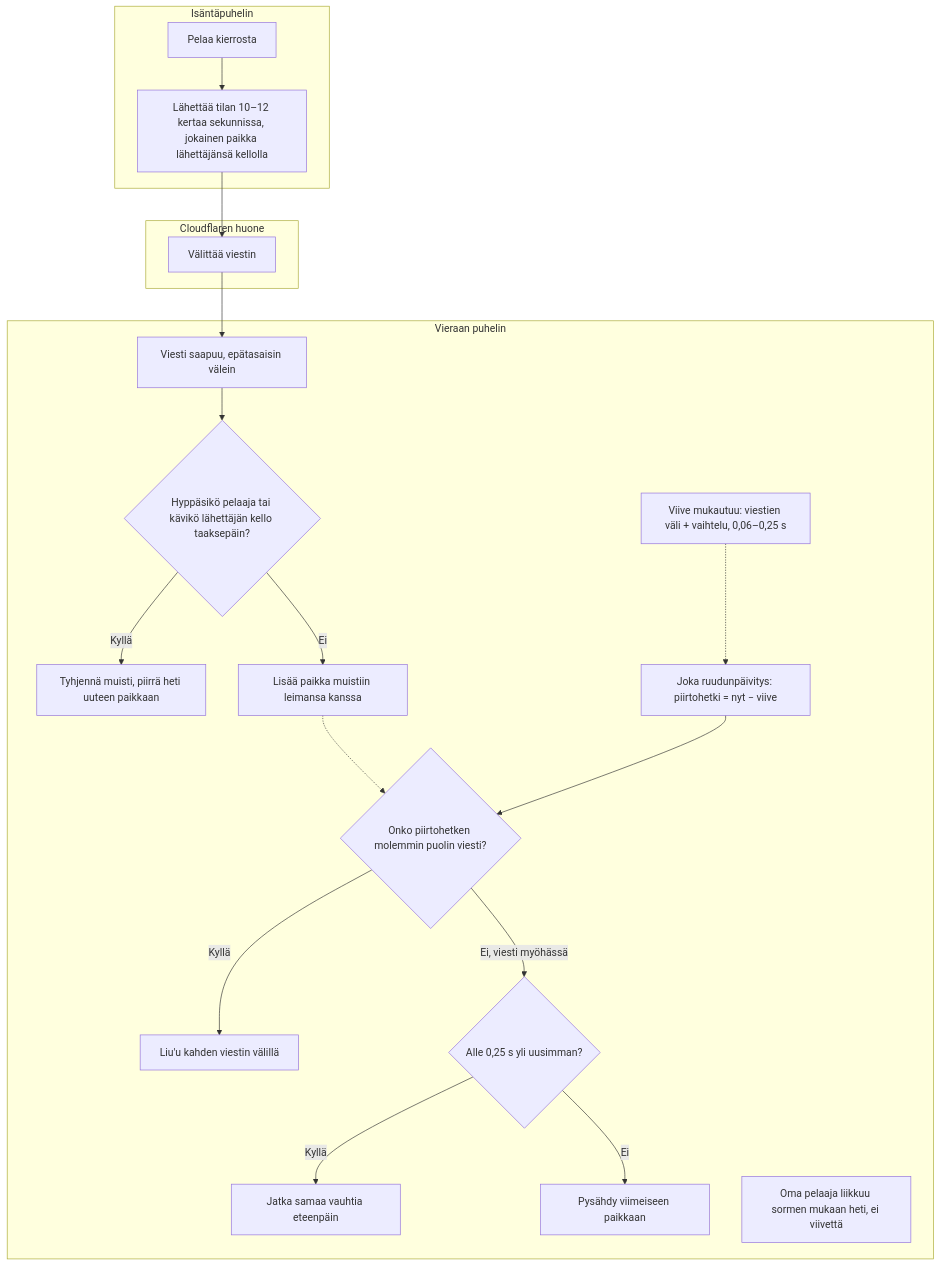
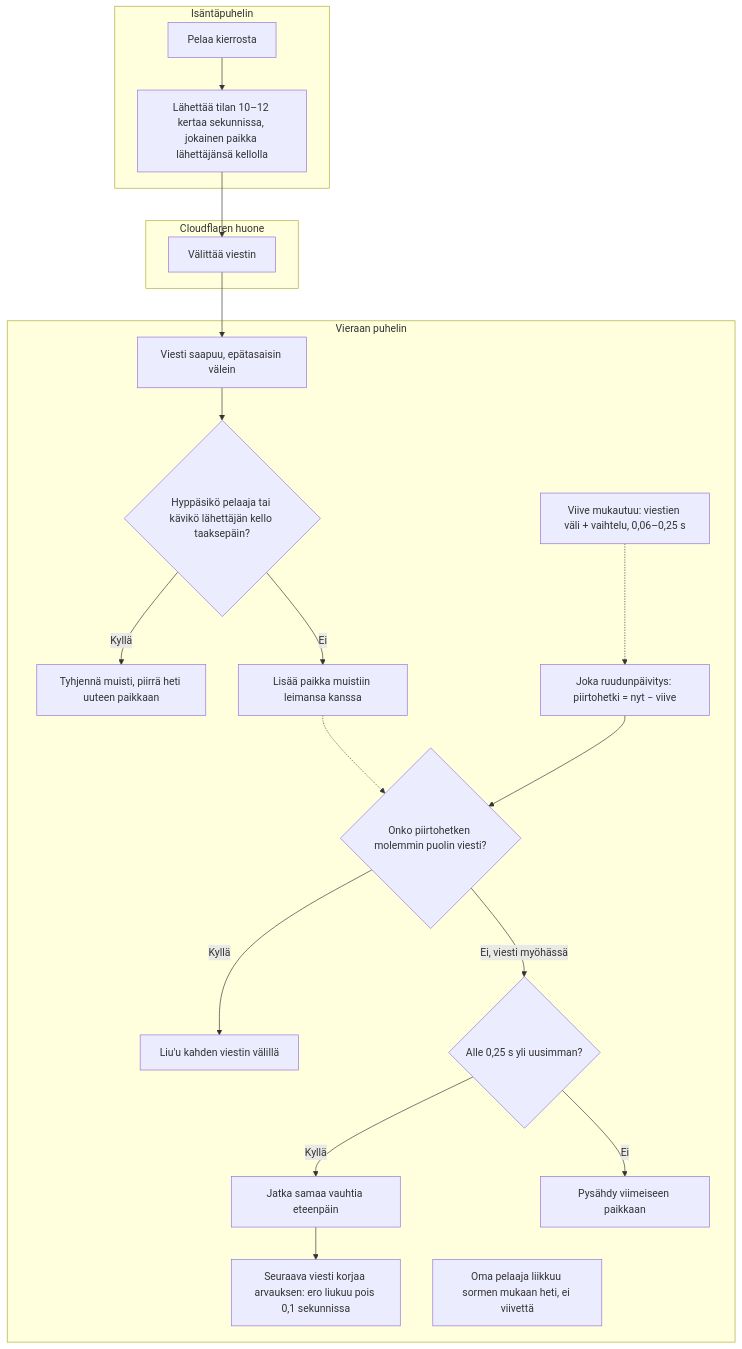
Before and after one commit to eerovil/ai-pelit: the diagram in docs/diagrams/sulava-liike.md, drawn with Mermaid. The commit also changed other lines of this file, not shown here.

Commit message:
docs: the eased guess in the smooth-movement diagram (#480)

````diff
--- a/docs/diagrams/sulava-liike.md
+++ b/docs/diagrams/sulava-liike.md
@@ -10,29 +10,30 @@
 ```mermaid
 flowchart TD
   subgraph Host[Isäntäpuhelin]
     H1[Pelaa kierrosta] --> H2[Lähettää tilan 10–12 kertaa sekunnissa, jokainen paikka lähettäjänsä kellolla]
   end
   subgraph Relay[Cloudflaren huone]
     R1[Välittää viestin]
   end
   subgraph Guest[Vieraan puhelin]
     G1[Viesti saapuu, epätasaisin välein] --> G2{Hyppäsikö pelaaja tai kävikö lähettäjän kello taaksepäin?}
     G2 -- Kyllä --> G3[Tyhjennä muisti, piirrä heti uuteen paikkaan]
     G2 -- Ei --> G4[Lisää paikka muistiin leimansa kanssa]
     G5[Joka ruudunpäivitys: piirtohetki = nyt − viive] --> G6{Onko piirtohetken molemmin puolin viesti?}
     G6 -- Kyllä --> G7[Liu'u kahden viestin välillä]
     G6 -- Ei, viesti myöhässä --> G8{Alle 0,25 s yli uusimman?}
     G8 -- Kyllä --> G9[Jatka samaa vauhtia eteenpäin]
     G8 -- Ei --> G10[Pysähdy viimeiseen paikkaan]
+    G9 --> G13[Seuraava viesti korjaa arvauksen: ero liukuu pois 0,1 sekunnissa]
     G11[Viive mukautuu: viestien väli + vaihtelu, 0,06–0,25 s]
     G12[Oma pelaaja liikkuu sormen mukaan heti, ei viivettä]
   end
   H2 --> R1 --> G1
   G4 -.-> G6
   G11 -.-> G5
   class H1,H2 blue
   class R1 violet
   class G1,G2,G3,G4 teal
-  class G5,G6,G7,G8,G9,G10,G11 amber
+  class G5,G6,G7,G8,G9,G10,G11,G13 amber
   class G12 green
 ```
````
